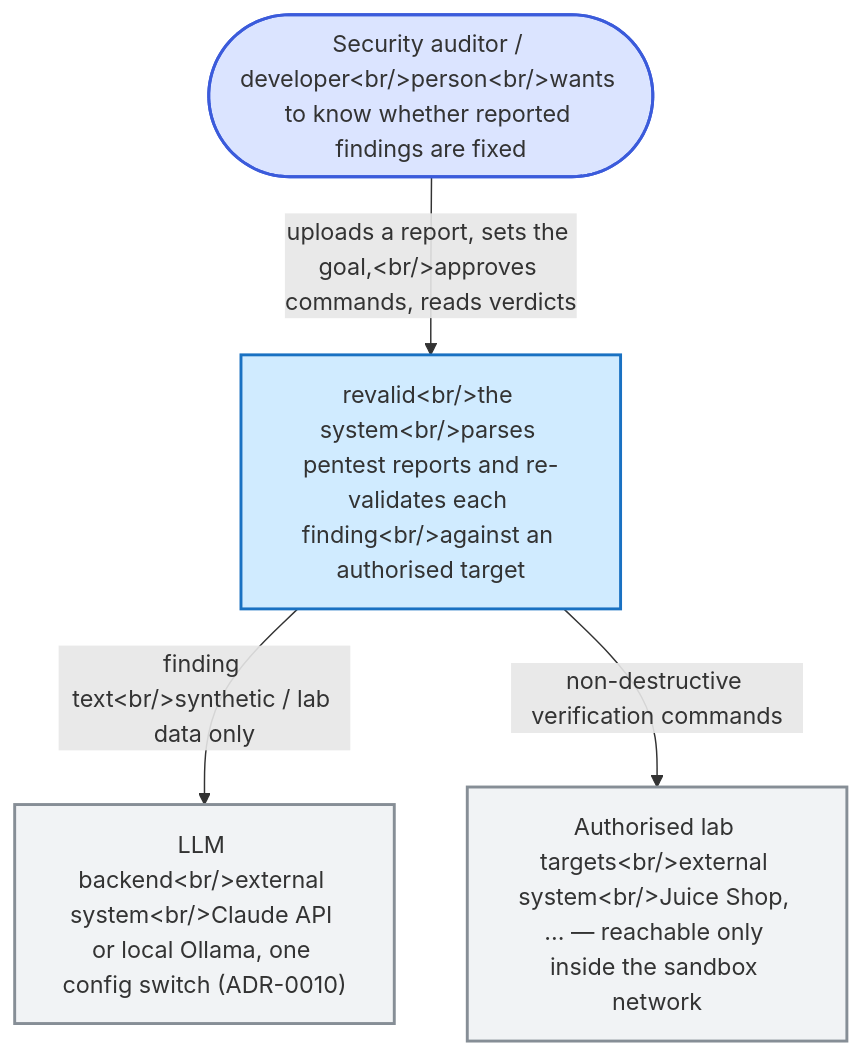
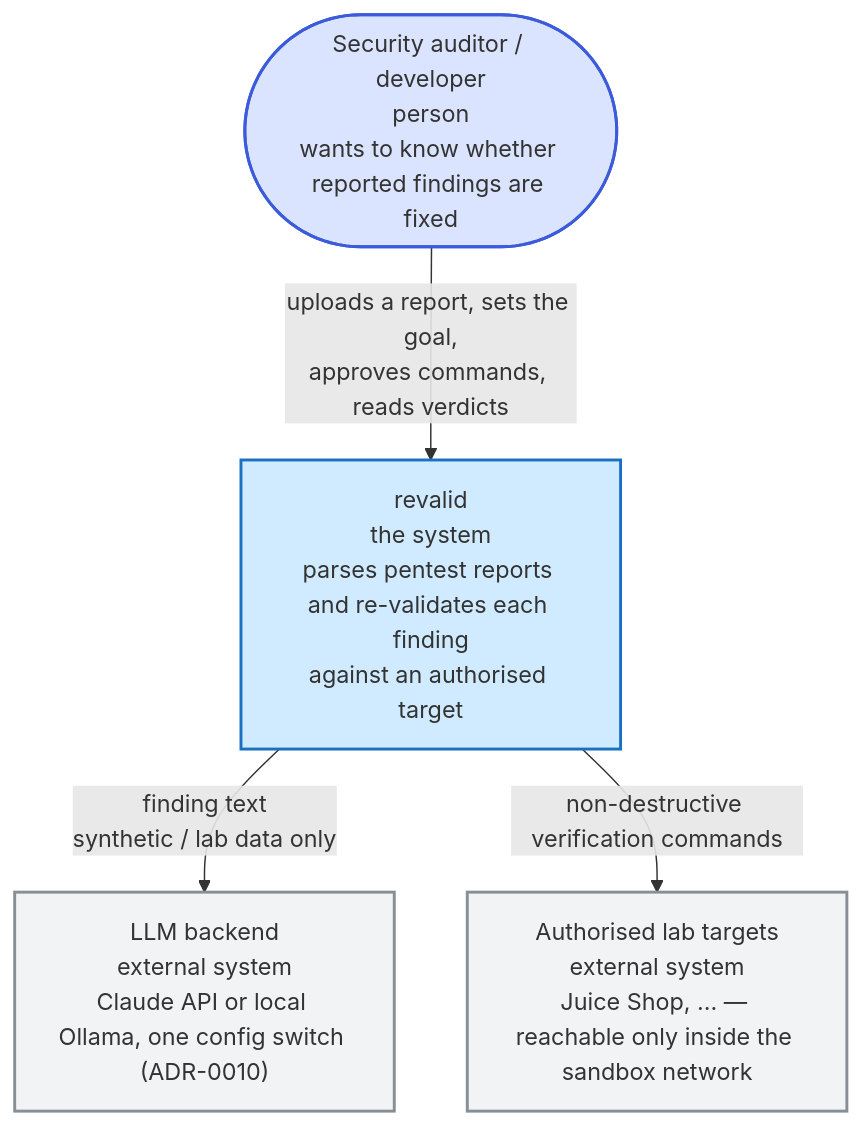
Before and after one commit to SelfishCoconut/revalid: the first of 8 diagrams in docs/architecture/c4.md, drawn with Mermaid. The commit also changed other lines of this file and 5 other files, not shown here.

First line of the commit message:
fix(docs): every mermaid diagram rendered as a "Syntax error" bomb (#154) (#155)

````diff
--- a/docs/architecture/c4.md
+++ b/docs/architecture/c4.md
@@ -8,18 +8,18 @@
 ```mermaid
 flowchart TB
-    AUD(["Security auditor / developer&lt;br/&gt;person&lt;br/&gt;wants to know whether reported findings are fixed"])
-    REV["revalid&lt;br/&gt;the system&lt;br/&gt;parses pentest reports and re-validates each finding&lt;br/&gt;against an authorised target"]
-    LLM["LLM backend&lt;br/&gt;external system&lt;br/&gt;Claude API or local Ollama, one config switch (ADR-0010)"]
-    LAB["Authorised lab targets&lt;br/&gt;external system&lt;br/&gt;Juice Shop, ... — reachable only inside the sandbox network"]
+    AUD(["Security auditor / developer<br/>person<br/>wants to know whether reported findings are fixed"])
+    REV["revalid<br/>the system<br/>parses pentest reports and re-validates each finding<br/>against an authorised target"]
+    LLM["LLM backend<br/>external system<br/>Claude API or local Ollama, one config switch (ADR-0010)"]
+    LAB["Authorised lab targets<br/>external system<br/>Juice Shop, ... — reachable only inside the sandbox network"]
 
-    AUD -->|"uploads a report, sets the goal,&lt;br/&gt;approves commands, reads verdicts"| REV
-    REV -->|"finding text&lt;br/&gt;synthetic / lab data only"| LLM
+    AUD -->|"uploads a report, sets the goal,<br/>approves commands, reads verdicts"| REV
+    REV -->|"finding text<br/>synthetic / lab data only"| LLM
     REV -->|"non-destructive verification commands"| LAB
 
     classDef person fill:#dbe4ff,stroke:#3b5bdb,stroke-width:2px
     classDef system fill:#d0ebff,stroke:#1971c2,stroke-width:2px
     classDef ext fill:#f1f3f5,stroke:#868e96,stroke-width:2px
     class AUD person
     class REV system
     class LLM,LAB ext
 ```
````
